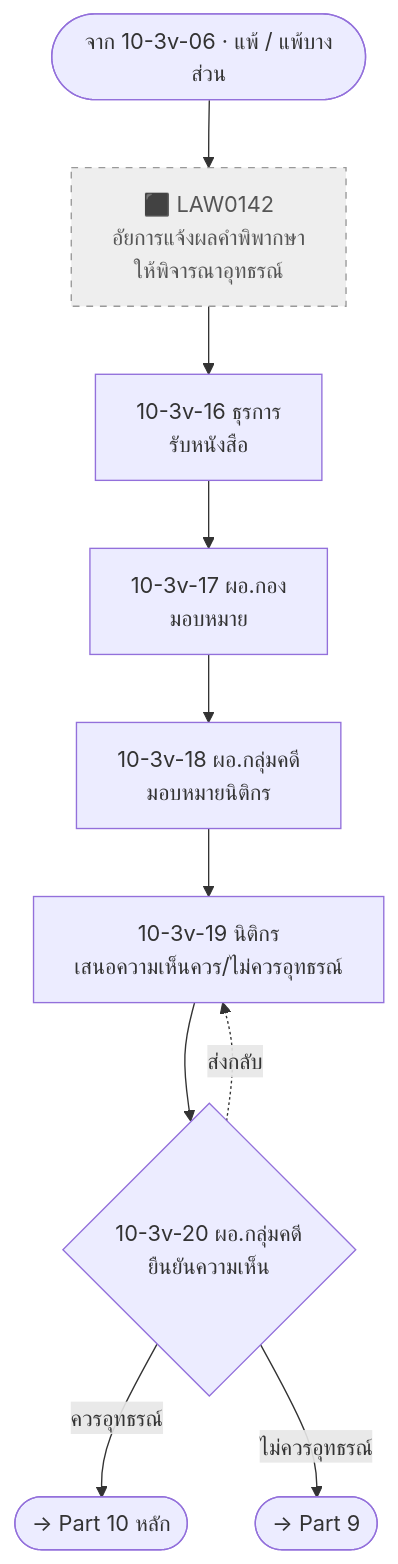
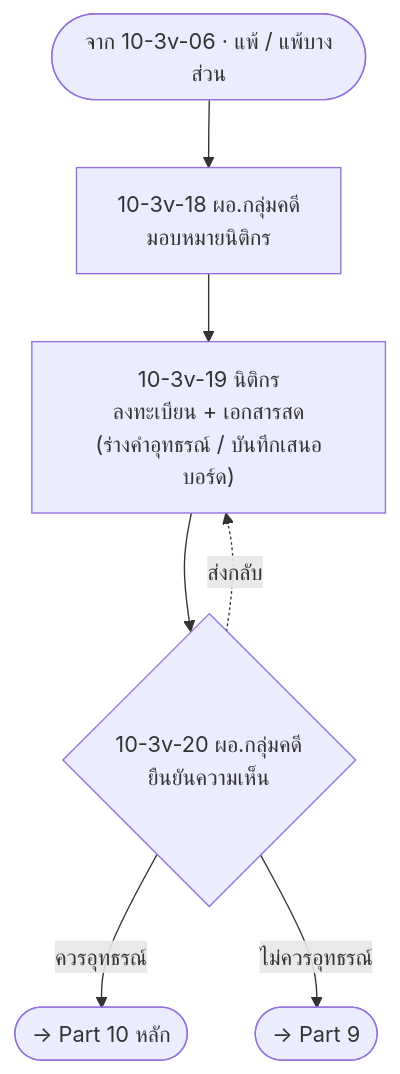
One commit to varitthon/E-CMIS-A4 changed the eighth of 13 diagrams in docs/activity10-flow-10.3.md. Above: the diagram before and after it, drawn with Mermaid. The commit also changed other lines of this file and 181 other files, not shown here.

First line of the commit message:
feat: ปรับ flow หลังประชุมคณะกรรมการ 14/10 — ตัดขั้นตอนมอบหมาย ผอ.กฎหมาย + เพิ่มระบบคำพิพากษา

````diff
--- a/docs/activity10-flow-10.3.md
+++ b/docs/activity10-flow-10.3.md
@@ -238,9 +263,8 @@
 ```mermaid
 flowchart TD
-  S(["จาก 10-3v-06 · แพ้ / แพ้บางส่วน"]) --> X8["⬛ LAW0142<br/>อัยการแจ้งผลคำพิพากษา<br/>ให้พิจารณาอุทธรณ์"]:::ext
-  X8 --> V16["10-3v-16 ธุรการ<br/>รับหนังสือ"] --> V17["10-3v-17 ผอ.กอง<br/>มอบหมาย"] --> V18["10-3v-18 ผอ.กลุ่มคดี<br/>มอบหมายนิติกร"] --> V19["10-3v-19 นิติกร<br/>เสนอความเห็นควร/ไม่ควรอุทธรณ์"] --> V20{"10-3v-20 ผอ.กลุ่มคดี<br/>ยืนยันความเห็น"}
+  S(["จาก 10-3v-06 · แพ้ / แพ้บางส่วน"]) --> V18["10-3v-18 ผอ.กลุ่มคดี<br/>มอบหมายนิติกร"] --> V19["10-3v-19 นิติกร<br/>ลงทะเบียน + เอกสารสด<br/>(ร่างคำอุทธรณ์ / บันทึกเสนอบอร์ด)"] --> V20{"10-3v-20 ผอ.กลุ่มคดี<br/>ยืนยันความเห็น"}
   V20 -. ส่งกลับ .-> V19
   V20 -- ควรอุทธรณ์ --> O10(["→ Part 10 หลัก"])
   V20 -- ไม่ควรอุทธรณ์ --> O9(["→ Part 9"])
   classDef ext fill:#eeeeee,stroke:#999999,stroke-dasharray:5 5,color:#555555
 ```
````
